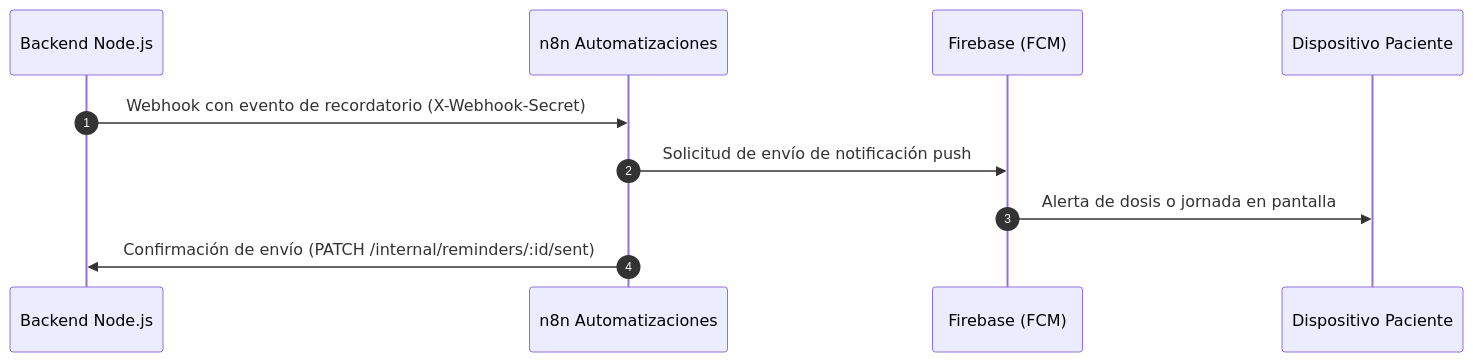
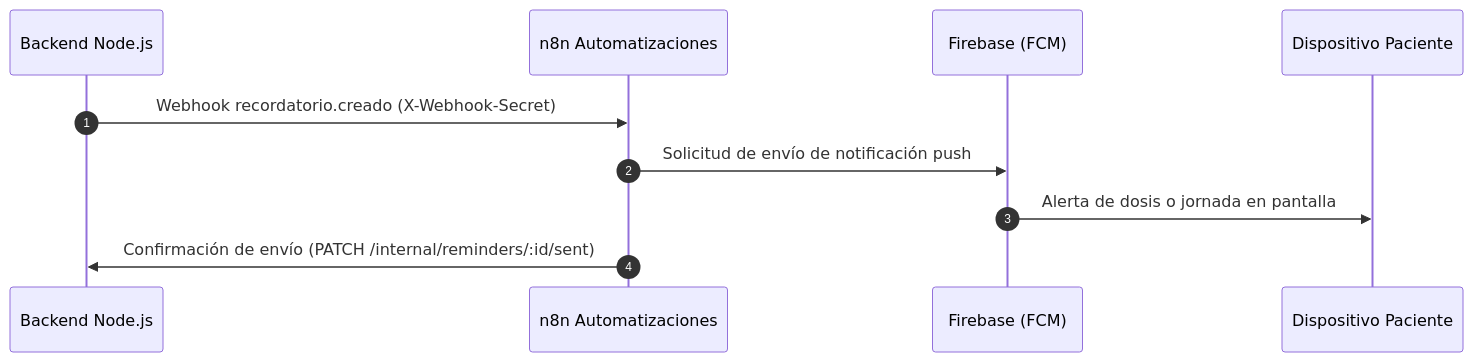
The second of 2 diagrams in n8n/README.md (Ramon-Lop-Dev/Biomark-AI), drawn with Mermaid before and after one commit. The commit also changed other lines of this file and 8 other files, not shown here.

````diff
--- a/n8n/README.md
+++ b/n8n/README.md
@@ -15,13 +41,13 @@
 ```mermaid
 sequenceDiagram
   autonumber
   participant B as Backend Node.js
   participant N as n8n Automatizaciones
   participant F as Firebase (FCM)
   participant C as Dispositivo Paciente
 
-  B->>N: Webhook con evento de recordatorio (X-Webhook-Secret)
+  B->>N: Webhook recordatorio.creado (X-Webhook-Secret)
   N->>F: Solicitud de envío de notificación push
   F->>C: Alerta de dosis o jornada en pantalla
   N->>B: Confirmación de envío (PATCH /internal/reminders/:id/sent)
 ```
````
